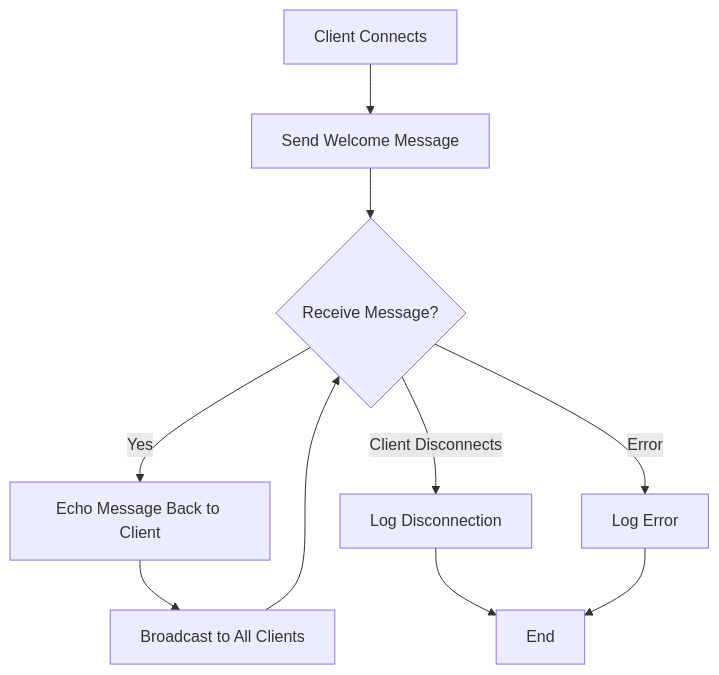
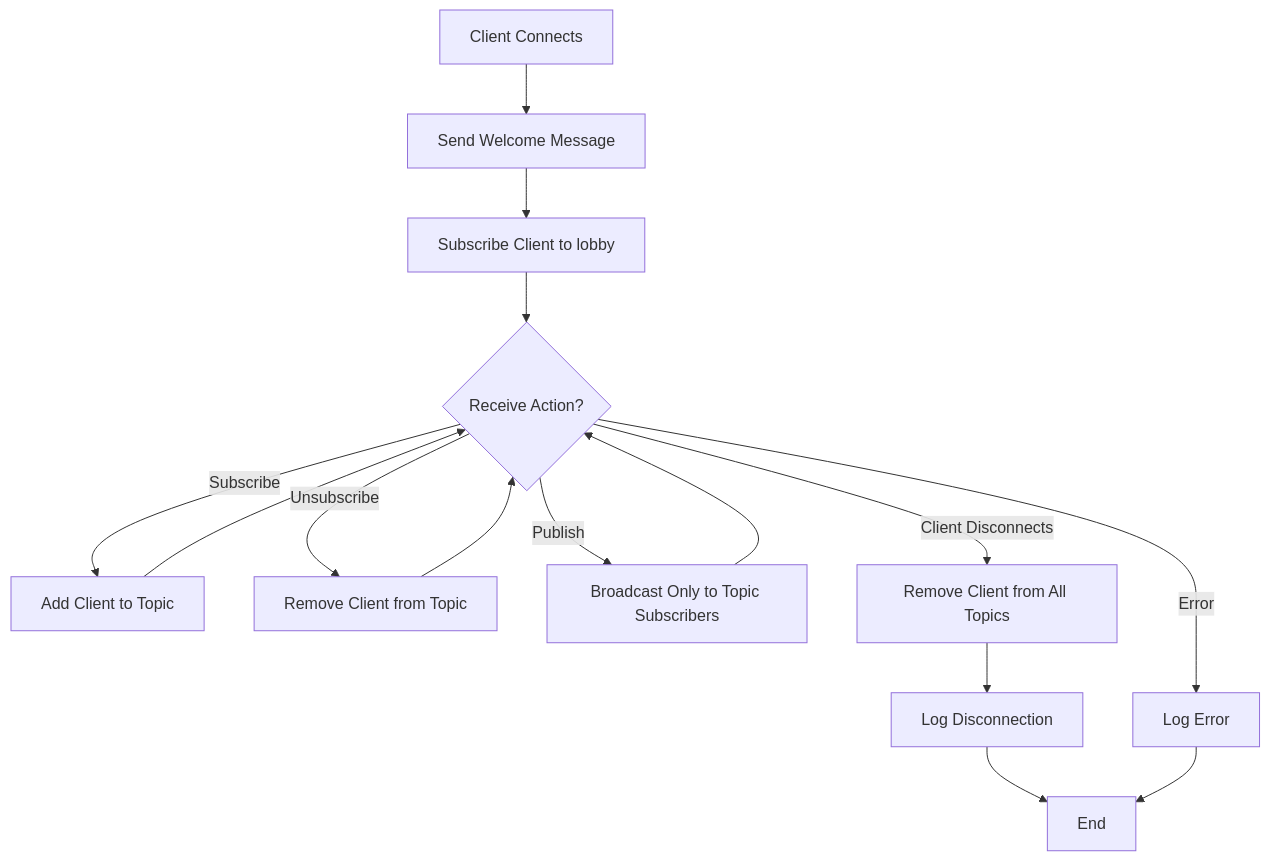
One commit to Tarun-Elango/Node-WebSocket-Server-with-RabbitMQ changed the first of 2 diagrams in Readme.md. Above: the diagram before and after it, drawn with Mermaid. The commit also changed other lines of this file, not shown here.

````diff
--- a/Readme.md
+++ b/Readme.md
@@ -70,12 +108,17 @@
 ```mermaid
 graph TD
     A[Client Connects] --> B[Send Welcome Message]
-    B --> C{Receive Message?}
-    C -->|Yes| D[Echo Message Back to Client]
-    D --> E[Broadcast to All Clients]
-    E --> C
-    C -->|Client Disconnects| F[Log Disconnection]
-    F --> G[End]
-    C -->|Error| H[Log Error]
-    H --> G
+    B --> C[Subscribe Client to lobby]
+    C --> D{Receive Action?}
+    D -->|Subscribe| E[Add Client to Topic]
+    D -->|Unsubscribe| F[Remove Client from Topic]
+    D -->|Publish| G[Broadcast Only to Topic Subscribers]
+    E --> D
+    F --> D
+    G --> D
+    D -->|Client Disconnects| H[Remove Client from All Topics]
+    H --> I[Log Disconnection]
+    I --> J[End]
+    D -->|Error| K[Log Error]
+    K --> J
 ```
````
